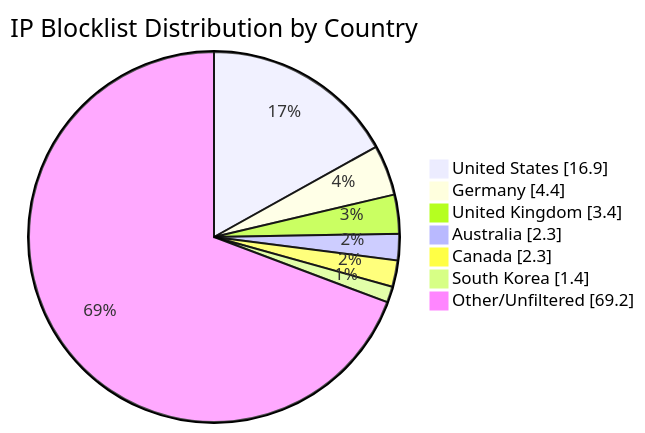
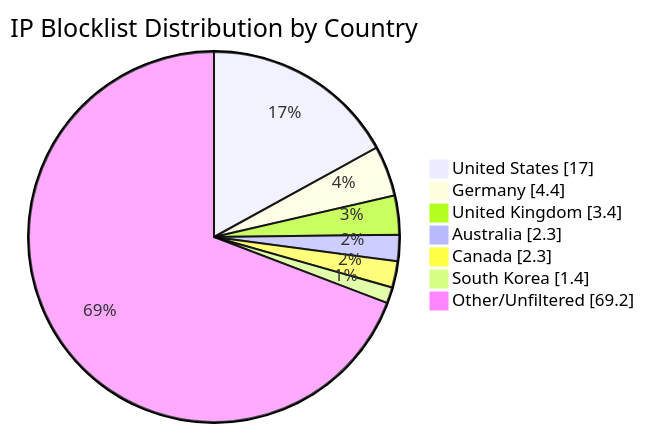
The diagram in README.md (MarcusHoltz/ipblocklist-geofiltered-aggregator), drawn with Mermaid before and after one commit. The commit also changed other lines of this file and 9 other files, not shown here.

````diff
--- a/README.md
+++ b/README.md
@@ -34,10 +34,10 @@
 ```mermaid
 pie showData title IP Blocklist Distribution by Country
-"United States" : 16.9
+"United States" : 17.0
 "Germany" : 4.4
 "United Kingdom" : 3.4
 "Australia" : 2.3
 "Canada" : 2.3
 "South Korea" : 1.4
 "Other/Unfiltered" : 69.2
 ```
````
